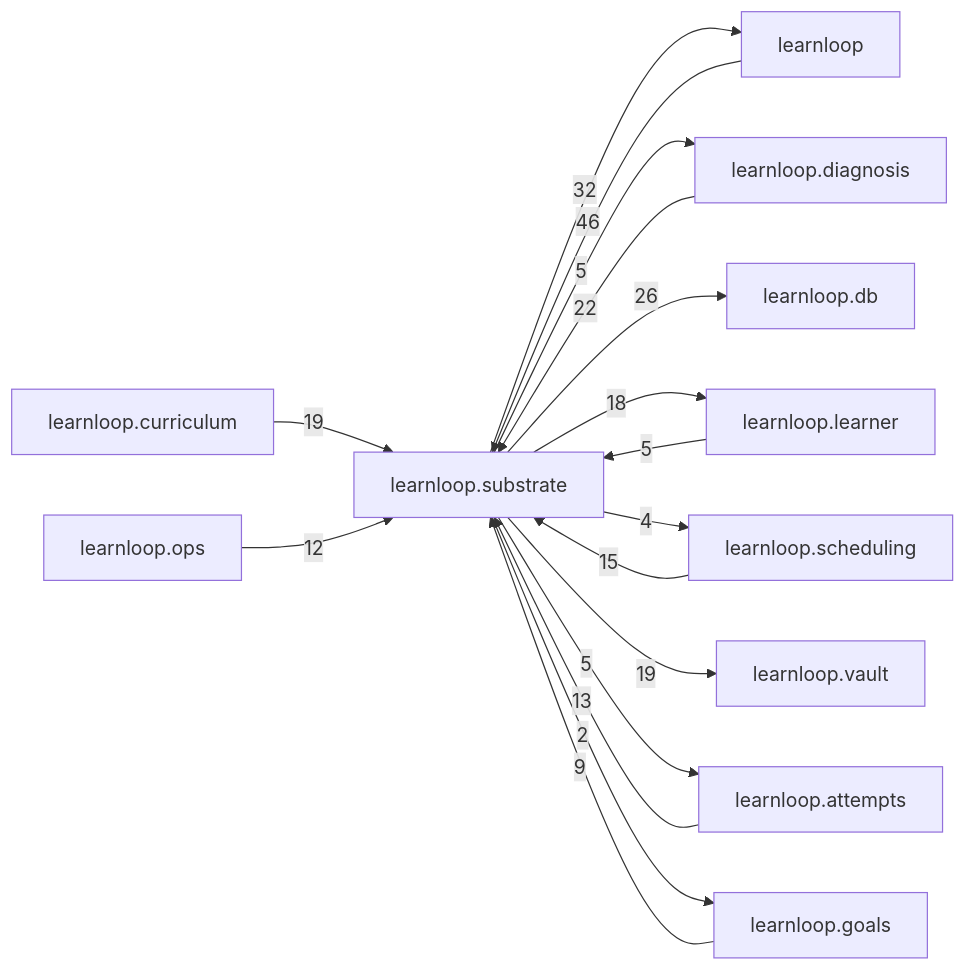
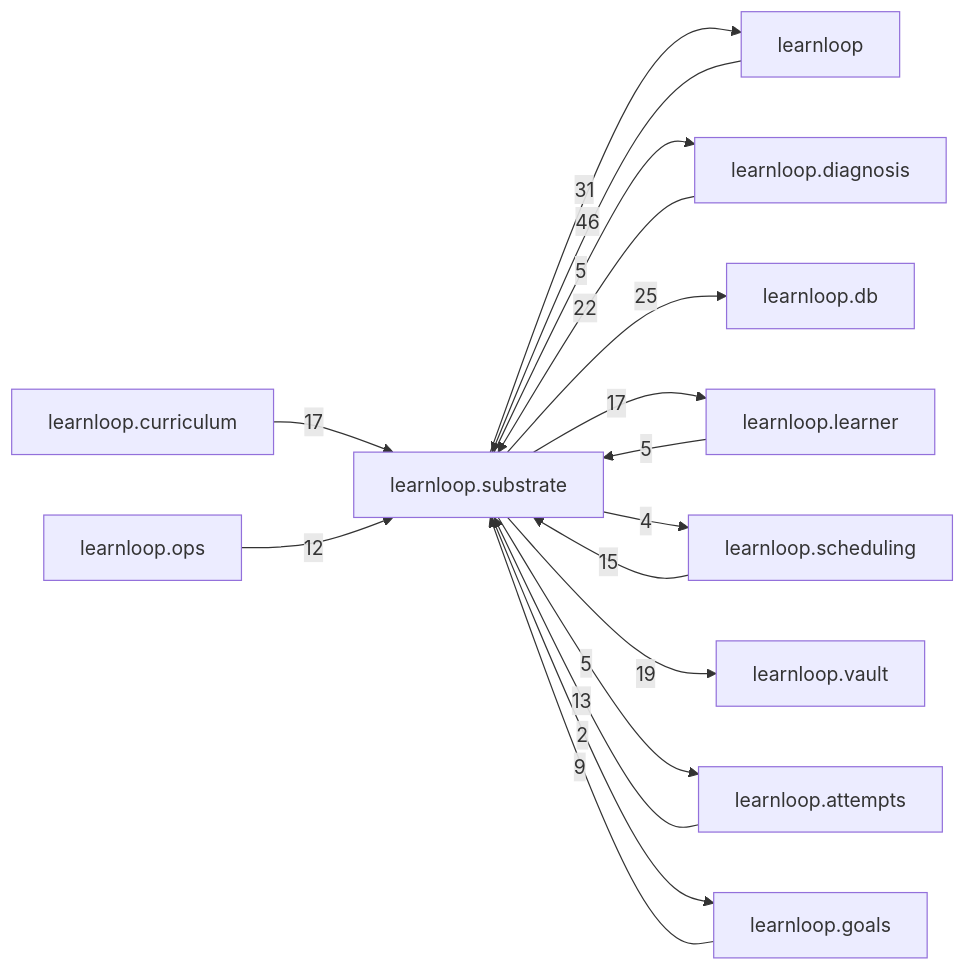
The diagram in docs/learnloop-architecture-vault/Reference/Modules/learnloop/substrate/_package.md (6up-b/learnanything), drawn with Mermaid before and after one commit. The commit also changed other lines of this file and 26 other files, not shown here.

````diff
--- a/docs/learnloop-architecture-vault/Reference/Modules/learnloop/substrate/_package.md
+++ b/docs/learnloop-architecture-vault/Reference/Modules/learnloop/substrate/_package.md
@@ -165,30 +163,30 @@
 ```mermaid
 flowchart LR
     center["learnloop.substrate"]
     n_learnloop["learnloop"]
     n_learnloop_diagnosis["learnloop.diagnosis"]
     n_learnloop_db["learnloop.db"]
     n_learnloop_learner["learnloop.learner"]
-    n_learnloop_curriculum["learnloop.curriculum"]
     n_learnloop_scheduling["learnloop.scheduling"]
     n_learnloop_vault["learnloop.vault"]
     n_learnloop_attempts["learnloop.attempts"]
+    n_learnloop_curriculum["learnloop.curriculum"]
     n_learnloop_ops["learnloop.ops"]
     n_learnloop_goals["learnloop.goals"]
     n_learnloop -->|46| center
-    center -->|32| n_learnloop
+    center -->|31| n_learnloop
     n_learnloop_diagnosis -->|22| center
     center -->|5| n_learnloop_diagnosis
-    center -->|26| n_learnloop_db
+    center -->|25| n_learnloop_db
     n_learnloop_learner -->|5| center
-    center -->|18| n_learnloop_learner
-    n_learnloop_curriculum -->|19| center
+    center -->|17| n_learnloop_learner
     n_learnloop_scheduling -->|15| center
     center -->|4| n_learnloop_scheduling
     center -->|19| n_learnloop_vault
     n_learnloop_attempts -->|13| center
     center -->|5| n_learnloop_attempts
+    n_learnloop_curriculum -->|17| center
     n_learnloop_ops -->|12| center
     n_learnloop_goals -->|9| center
     center -->|2| n_learnloop_goals
 ```
````
